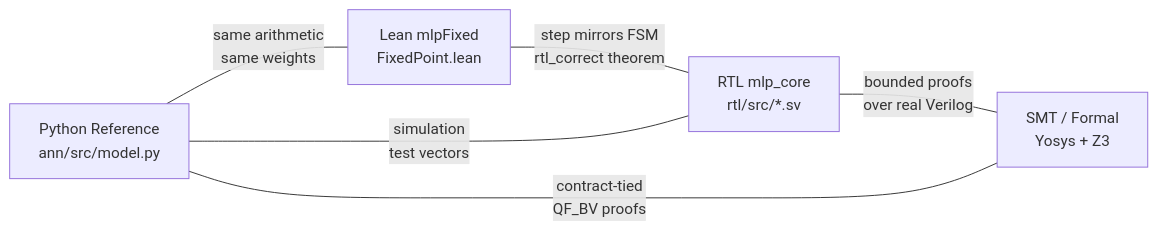
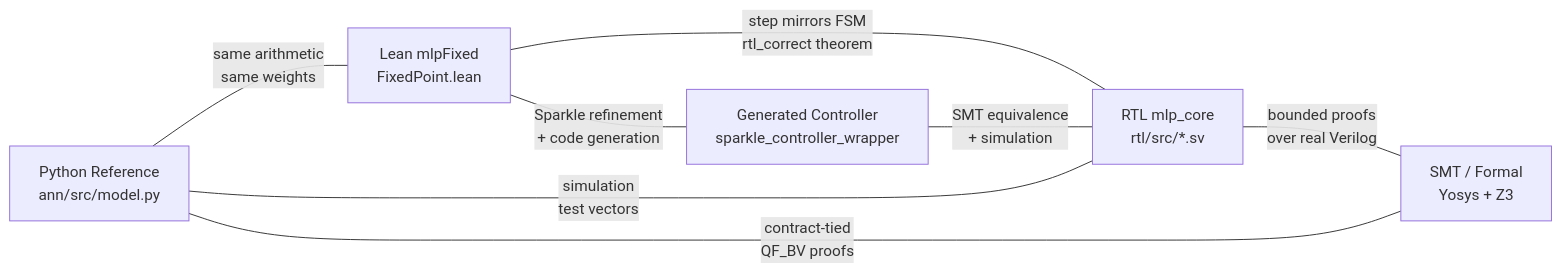
One commit to dfdgsdfg/ann-rtl-lean-poc changed the seventh of 7 diagrams in docs/from-ann-to-proven-hardware.md. Above: the diagram before and after it, drawn with Mermaid. The commit also changed other lines of this file and 20 other files, not shown here.

````diff
--- a/docs/from-ann-to-proven-hardware.md
+++ b/docs/from-ann-to-proven-hardware.md
@@ -531,8 +582,10 @@
 ```mermaid
 graph LR
     PY["Python Reference<br/>ann/src/model.py"] ---|"same arithmetic<br/>same weights"| LEAN["Lean mlpFixed<br/>FixedPoint.lean"]
     LEAN ---|"step mirrors FSM<br/>rtl_correct theorem"| RTL["RTL mlp_core<br/>rtl/src/*.sv"]
+    LEAN ---|"Sparkle refinement<br/>+ code generation"| GEN["Generated Controller<br/>sparkle_controller_wrapper"]
     RTL ---|"simulation<br/>test vectors"| PY
     RTL ---|"bounded proofs<br/>over real Verilog"| SMT["SMT / Formal<br/>Yosys + Z3"]
     SMT ---|"contract-tied<br/>QF_BV proofs"| PY
+    GEN ---|"SMT equivalence<br/>+ simulation"| RTL
 ```
````
